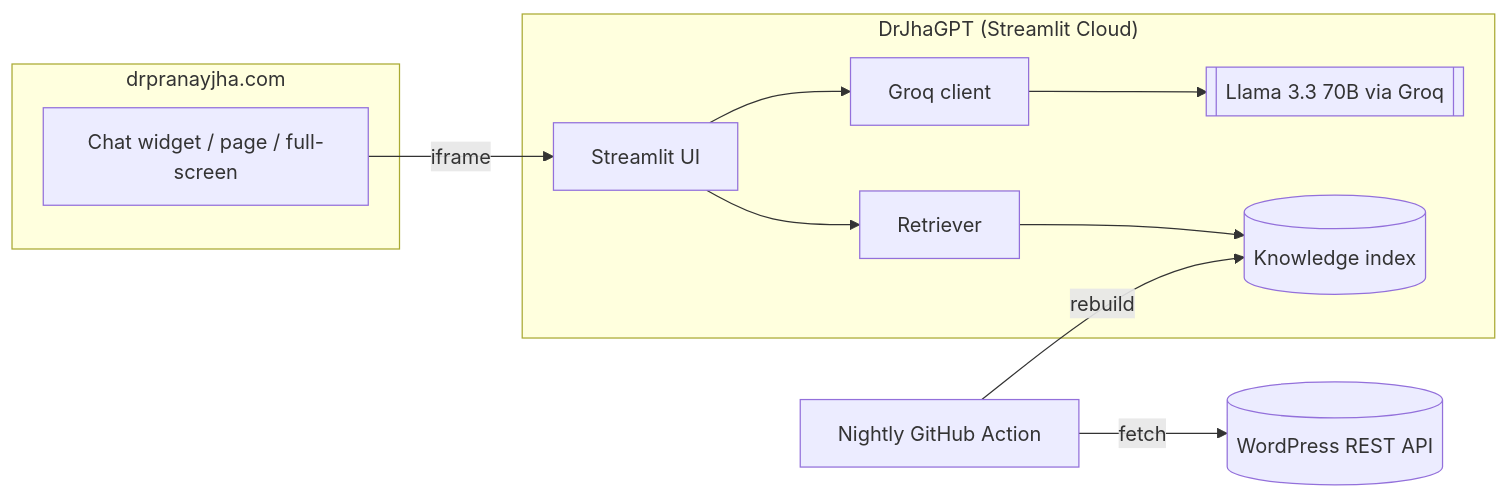
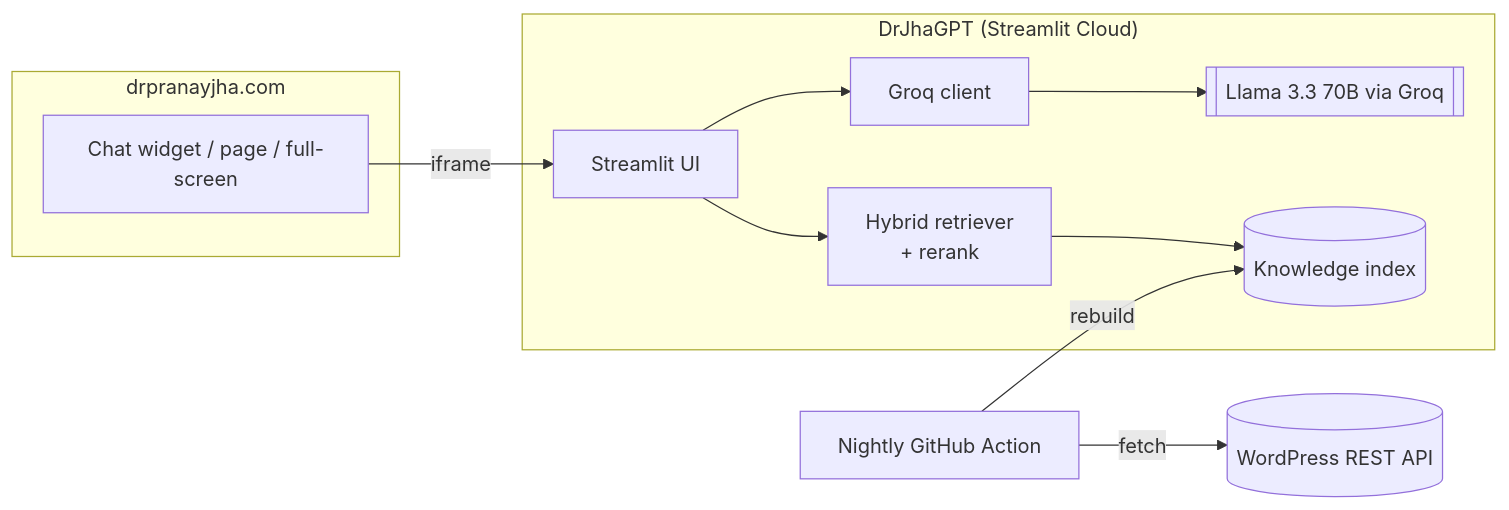
One commit to impranayk/drjhagpt-ent changed the diagram in README.md. Above: the diagram before and after it, drawn with Mermaid. The commit also changed other lines of this file and 1 other file, not shown here.

Commit message:
Update README + ARCHITECTURE for Phase 1 (hybrid retrieval, reranking, eval)

````diff
--- a/README.md
+++ b/README.md
@@ -18,13 +18,13 @@
 ```mermaid
 flowchart LR
     subgraph Site["drpranayjha.com"]
       W["Chat widget / page / full-screen"]
     end
     subgraph App["DrJhaGPT (Streamlit Cloud)"]
-      UI["Streamlit UI"] --> RAG["Retriever"] --> IDX[("Knowledge index")]
+      UI["Streamlit UI"] --> RAG["Hybrid retriever<br/>+ rerank"] --> IDX[("Knowledge index")]
       UI --> LLMC["Groq client"] --> GROQ[["Llama 3.3 70B via Groq"]]
     end
     W -->|iframe| UI
     GHA["Nightly GitHub Action"] -->|rebuild| IDX
     GHA -->|fetch| WP[("WordPress REST API")]
 ```
````
